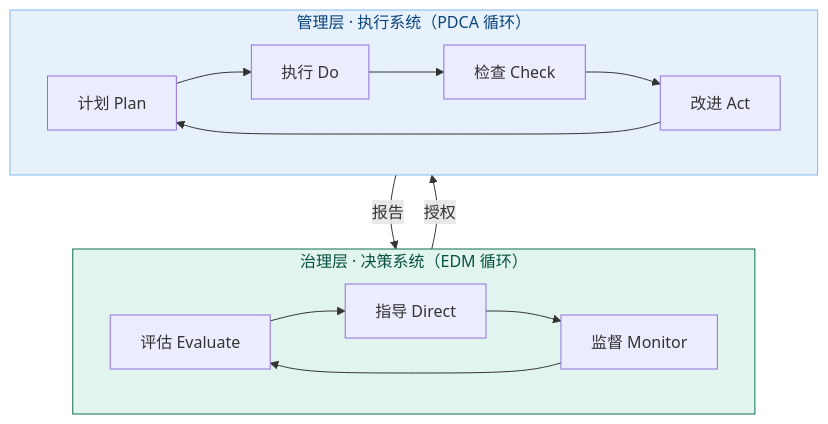
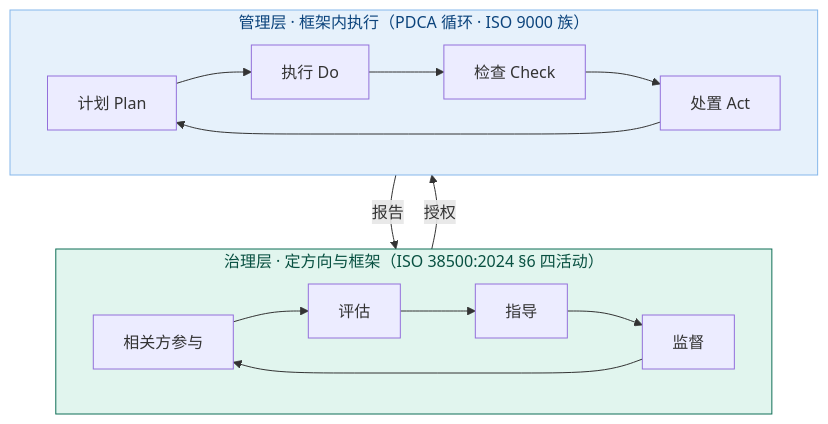
One commit to Yongjunzhou/AOS-system-design changed the seventh of 14 diagrams in 50-research/08-治理概念精讲-从词源到翻译史.md. Above: the diagram before and after it, drawn with Mermaid. The commit also changed other lines of this file and 65 other files, not shown here.

````diff
--- a/50-research/08-治理概念精讲-从词源到翻译史.md
+++ b/50-research/08-治理概念精讲-从词源到翻译史.md
@@ -256,19 +253,20 @@
 ```mermaid
 flowchart TB
-    subgraph GOV["治理层 · 决策系统（EDM 循环）"]
-        G1["评估 Evaluate"] --> G2["指导 Direct"]
-        G2 --> G3["监督 Monitor"]
-        G3 --> G1
+    subgraph GOV["治理层 · 定方向与框架（ISO 38500:2024 §6 四活动）"]
+        G1["相关方参与"] --> G2["评估"]
+        G2 --> G3["指导"]
+        G3 --> G4["监督"]
+        G4 --> G1
     end
-    subgraph MGT["管理层 · 执行系统（PDCA 循环）"]
+    subgraph MGT["管理层 · 框架内执行（PDCA 循环 · ISO 9000 族）"]
         M1["计划 Plan"] --> M2["执行 Do"]
         M2 --> M3["检查 Check"]
-        M3 --> M4["改进 Act"]
+        M3 --> M4["处置 Act"]
         M4 --> M1
     end
     GOV -->|"授权"| MGT
     MGT -->|"报告"| GOV
 
     style GOV fill:#E1F5EE,stroke:#0F6E56,color:#085041
     style MGT fill:#E6F1FB,stroke:#85B7EB,color:#0C447C
 ```
````
